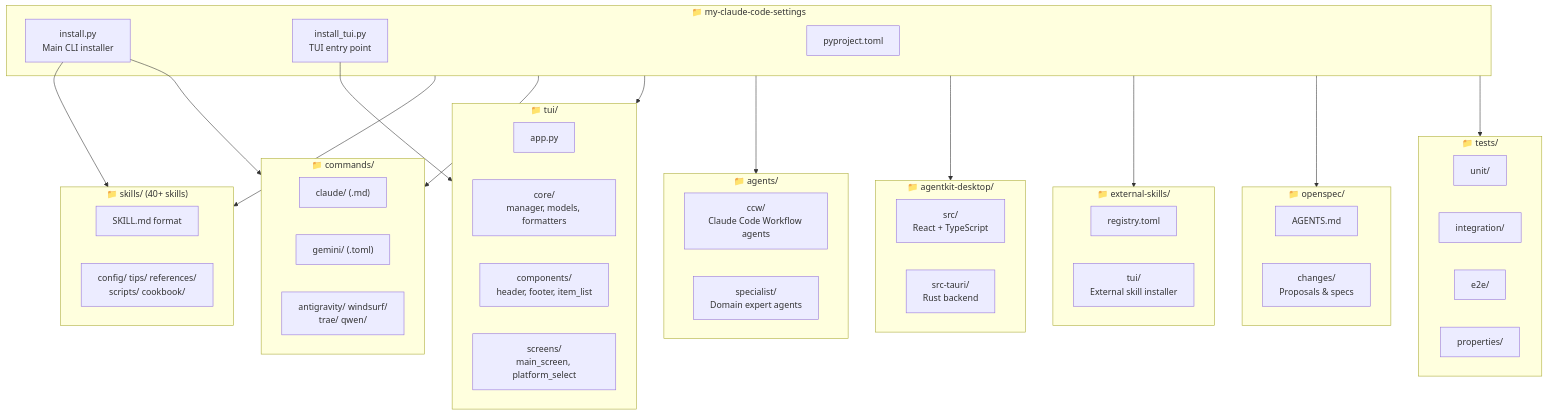
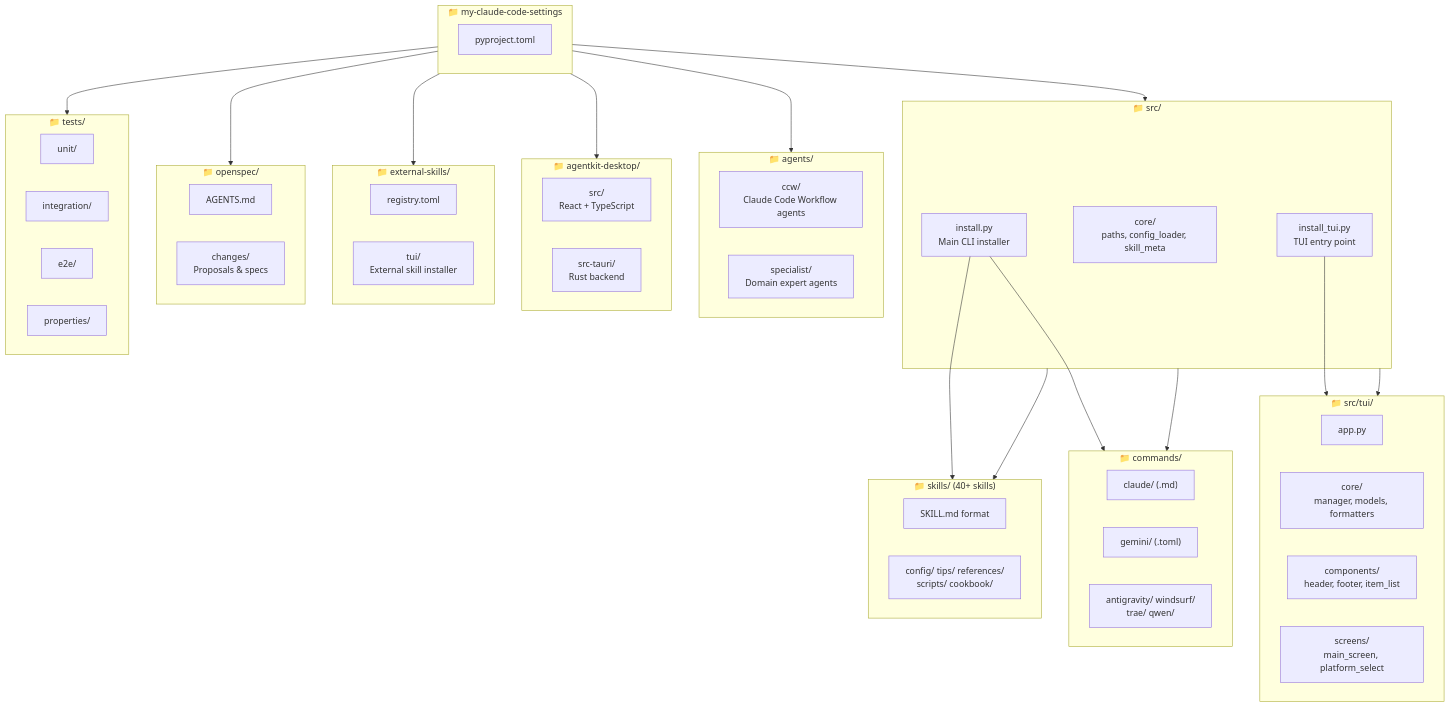
The diagram in CLAUDE.md (bahayonghang/my-ai-cli-toolkit), drawn with Mermaid before and after one commit. The commit also changed other lines of this file and 33 other files, not shown here.

````diff
--- a/CLAUDE.md
+++ b/CLAUDE.md
@@ -38,66 +38,71 @@
 ```mermaid
 graph TB
     subgraph Root["📁 my-claude-code-settings"]
+        pyproject["pyproject.toml"]
+    end
+
+    subgraph Src["📁 src/"]
         install["install.py<br/>Main CLI installer"]
         install_tui["install_tui.py<br/>TUI entry point"]
-        pyproject["pyproject.toml"]
+        core_mod["core/<br/>paths, config_loader, skill_meta"]
     end
 
     subgraph Skills["📁 skills/ (40+ skills)"]
         skill_md["SKILL.md format"]
         skill_dirs["config/ tips/ references/<br/>scripts/ cookbook/"]
     end
 
     subgraph Commands["📁 commands/"]
         claude_cmd["claude/ (.md)"]
         gemini_cmd["gemini/ (.toml)"]
         other_cmd["antigravity/ windsurf/<br/>trae/ qwen/"]
     end
 
-    subgraph TUI["📁 tui/"]
+    subgraph TUI["📁 src/tui/"]
         tui_app["app.py"]
         tui_core["core/<br/>manager, models, formatters"]
         tui_comp["components/<br/>header, footer, item_list"]
         tui_screens["screens/<br/>main_screen, platform_select"]
     end
 
     subgraph Agents["📁 agents/"]
         ccw["ccw/<br/>Claude Code Workflow agents"]
         specialist["specialist/<br/>Domain expert agents"]
     end
 
     subgraph AgentKit["📁 agentkit-desktop/"]
         ak_src["src/<br/>React + TypeScript"]
         ak_tauri["src-tauri/<br/>Rust backend"]
     end
 
     subgraph External["📁 external-skills/"]
         ext_registry["registry.toml"]
         ext_tui["tui/<br/>External skill installer"]
     end
 
     subgraph OpenSpec["📁 openspec/"]
         os_agents["AGENTS.md"]
         os_changes["changes/<br/>Proposals & specs"]
     end
 
     subgraph Tests["📁 tests/"]
         test_unit["unit/"]
         test_int["integration/"]
         test_e2e["e2e/"]
         test_prop["properties/"]
     end
 
-    Root --> Skills
-    Root --> Commands
-    Root --> TUI
+    Root --> Src
+    Src --> Skills
+    Src --> Commands
+    Src --> TUI
     Root --> Agents
     Root --> AgentKit
     Root --> External
     Root --> OpenSpec
     Root --> Tests
 
     install --> Skills
     install --> Commands
     install_tui --> TUI
 ```
````
